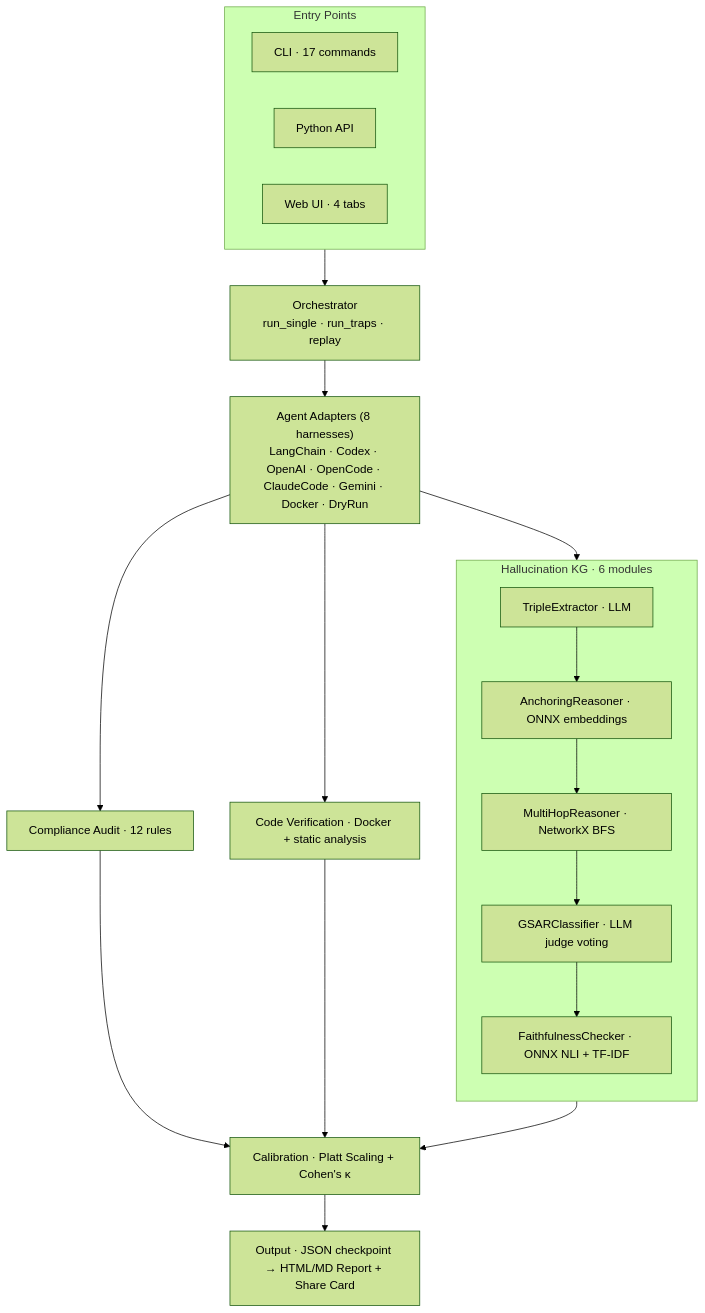
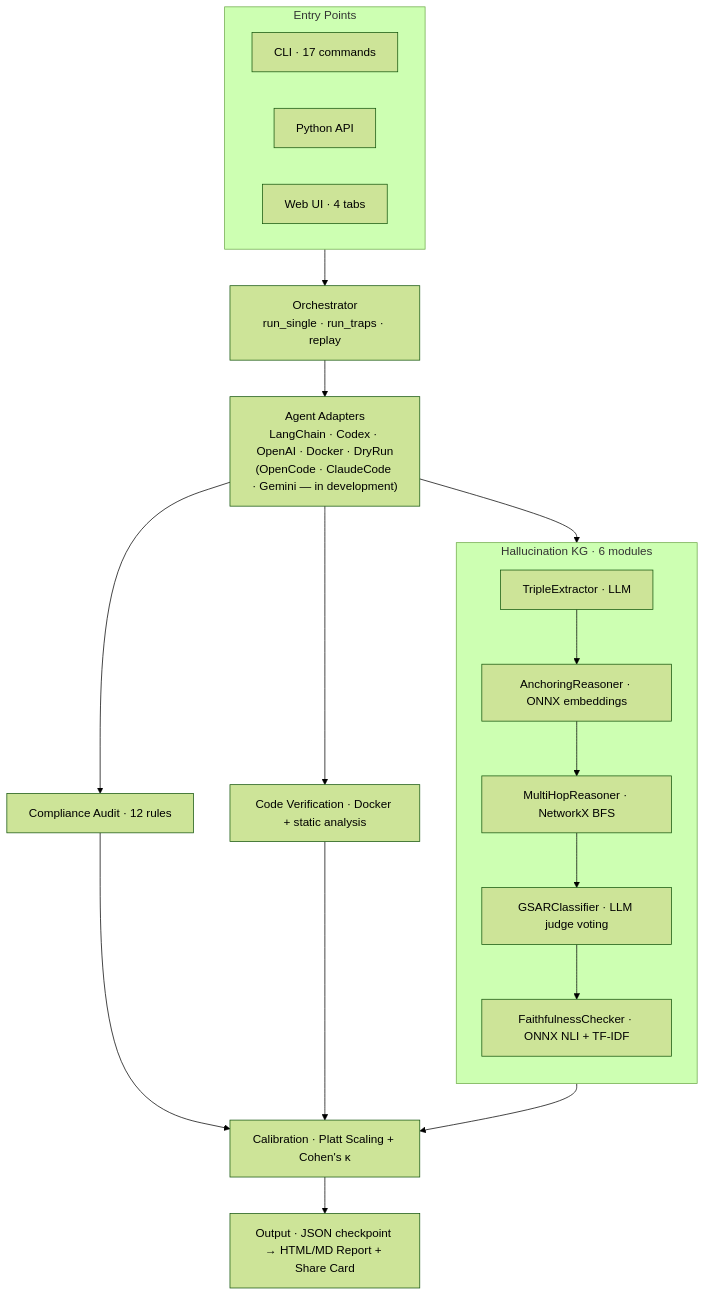
One commit to QingGo/agent-trust-lab changed the first of 2 diagrams in README.md. Above: the diagram before and after it, drawn with Mermaid (forest theme). The commit also changed other lines of this file and 1 other file, not shown here.

First line of the commit message:
docs(readme): update READMEs for CLI adapter development status

````diff
--- a/README.md
+++ b/README.md
@@ -133,33 +132,33 @@
 ```mermaid
 graph TB
     subgraph entry["Entry Points"]
         direction LR
         CLI["CLI · 17 commands"]
         API["Python API"]
         WEB["Web UI · 4 tabs"]
     end
 
     entry --> orch["Orchestrator<br/>run_single · run_traps · replay"]
 
-    orch --> adapters["Agent Adapters (8 harnesses)<br/>LangChain · Codex · OpenAI · OpenCode · ClaudeCode · Gemini · Docker · DryRun"]
+    orch --> adapters["Agent Adapters<br/>LangChain · Codex · OpenAI · Docker · DryRun<br/>(OpenCode · ClaudeCode · Gemini — in development)"]
 
     subgraph hallukg["Hallucination KG · 6 modules"]
         direction TB
         ext["TripleExtractor · LLM"]
         anc["AnchoringReasoner · ONNX embeddings"]
         mh["MultiHopReasoner · NetworkX BFS"]
         gsar["GSARClassifier · LLM judge voting"]
         nli["FaithfulnessChecker · ONNX NLI + TF-IDF"]
         ext --> anc --> mh --> gsar --> nli
     end
 
     adapters --> audit["Compliance Audit · 12 rules"]
     adapters --> ext
     adapters --> code["Code Verification · Docker + static analysis"]
 
     audit --> calib["Calibration · Platt Scaling + Cohen's κ"]
     nli --> calib
     code --> calib
 
     calib --> output["Output · JSON checkpoint → HTML/MD Report + Share Card"]
 ```
````
